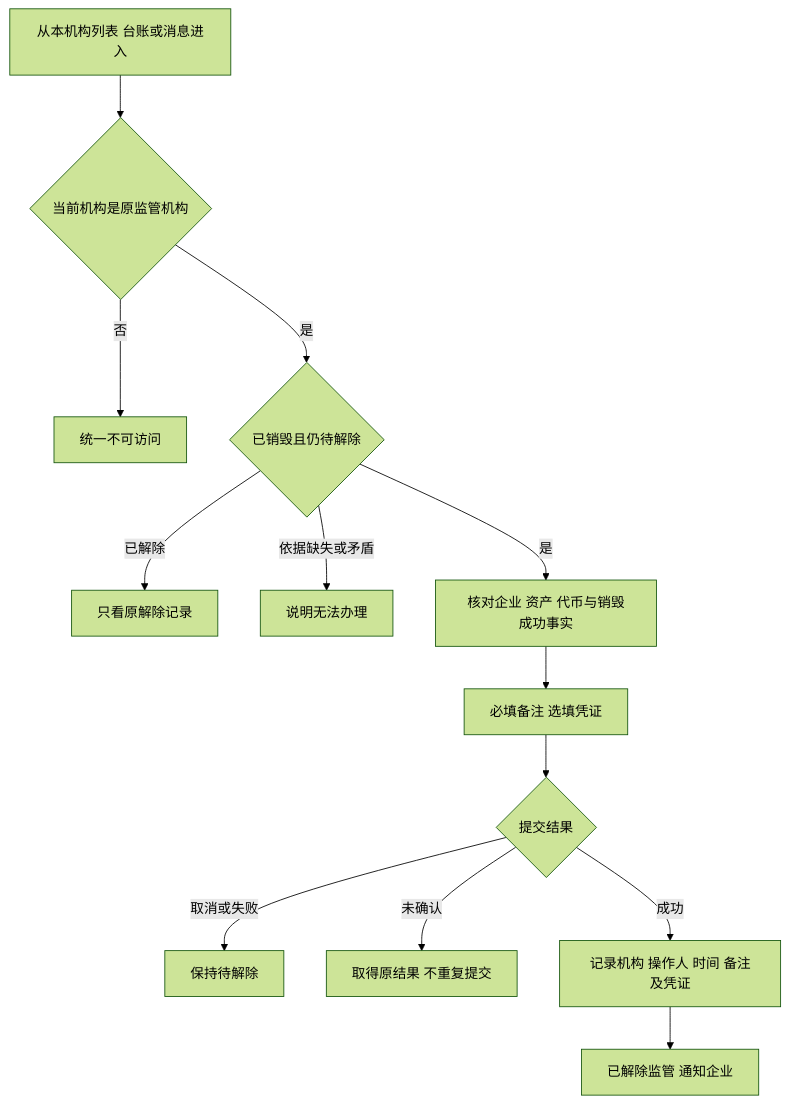
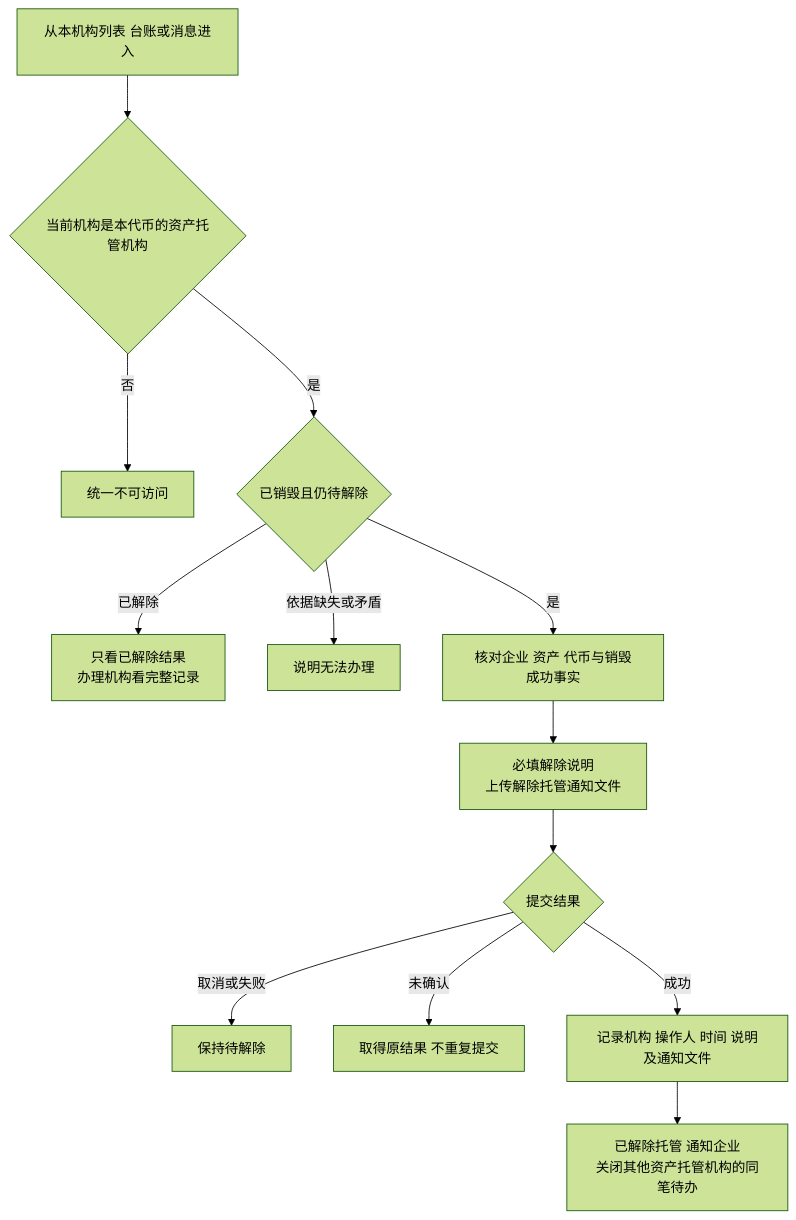
The fourth of 5 diagrams in token-issuance-platform/PRD/管理端/M4b-销毁审核与解除质押/02-销毁审核与解除质押-流程图与状态机.md (wxblockchain/Chain-Financing), drawn with Mermaid (forest theme) before and after one commit. The commit also changed other lines of this file and 10 other files, not shown here.

````diff
--- a/token-issuance-platform/PRD/管理端/M4b-销毁审核与解除质押/02-销毁审核与解除质押-流程图与状态机.md
+++ b/token-issuance-platform/PRD/管理端/M4b-销毁审核与解除质押/02-销毁审核与解除质押-流程图与状态机.md
@@ -83,15 +86,15 @@
 ```mermaid
 flowchart TD
-    A[从本机构列表 台账或消息进入] --> B{当前机构是原监管机构}
+    A[从本机构列表 台账或消息进入] --> B{当前机构是本代币的资产托管机构}
     B -->|否| C[统一不可访问]
     B -->|是| D{已销毁且仍待解除}
-    D -->|已解除| E[只看原解除记录]
+    D -->|已解除| E[只看已解除结果<br/>办理机构看完整记录]
     D -->|依据缺失或矛盾| F[说明无法办理]
     D -->|是| G[核对企业 资产 代币与销毁成功事实]
-    G --> H[必填备注 选填凭证]
+    G --> H[必填解除说明<br/>上传解除托管通知文件]
     H --> I{提交结果}
     I -->|取消或失败| J[保持待解除]
     I -->|未确认| K[取得原结果 不重复提交]
-    I -->|成功| L[记录机构 操作人 时间 备注及凭证]
-    L --> M[已解除监管 通知企业]
+    I -->|成功| L[记录机构 操作人 时间 说明及通知文件]
+    L --> M[已解除托管 通知企业<br/>关闭其他资产托管机构的同笔待办]
 ```
````
